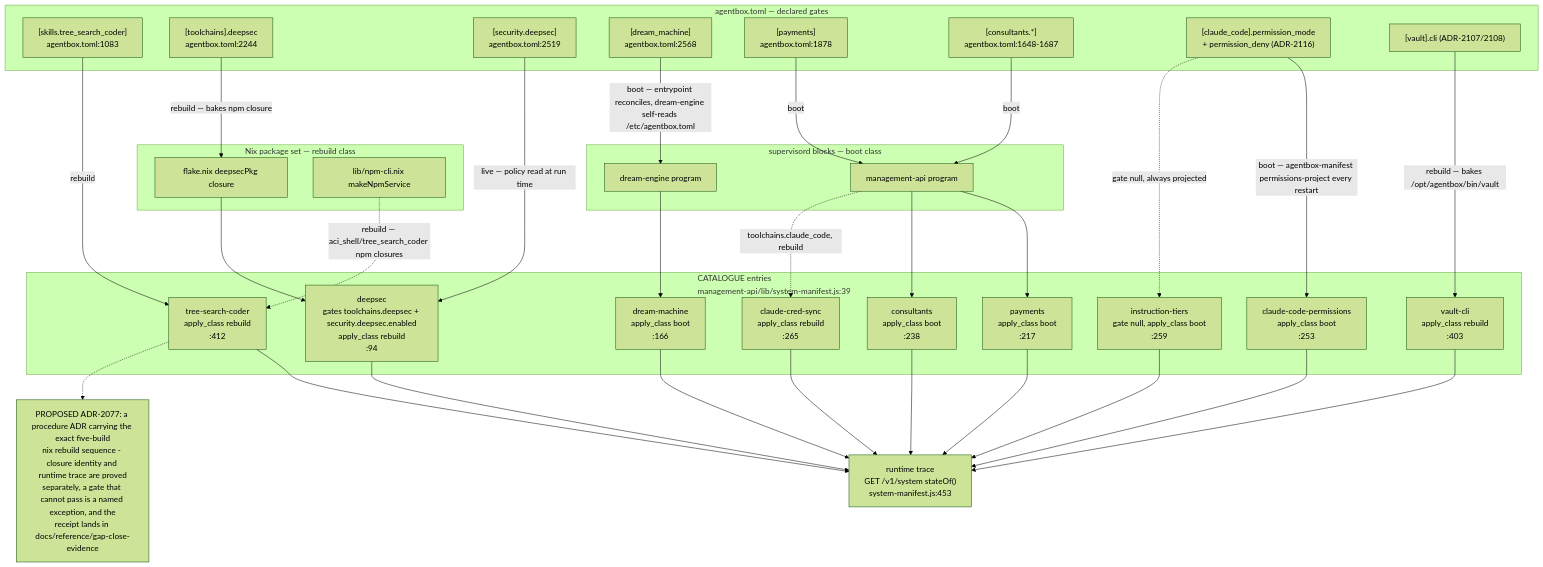
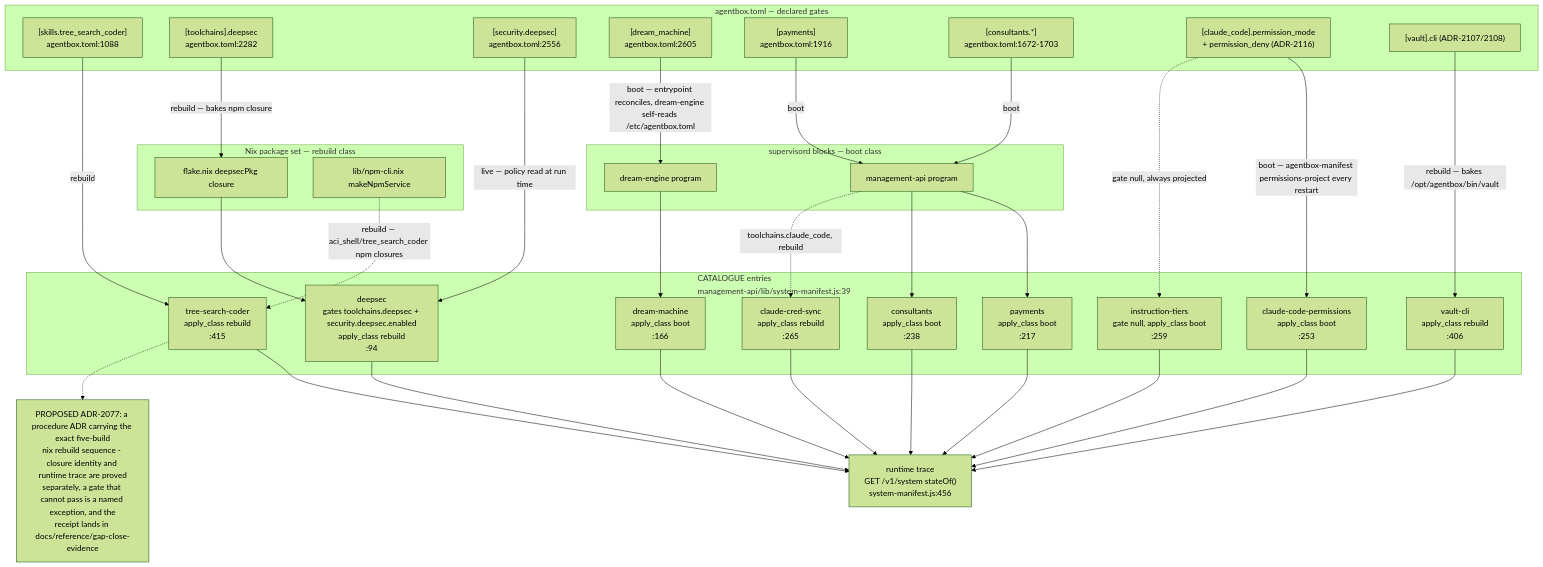
One commit to DreamLab-AI/VisionFlow changed the first of 15 diagrams in docs/diagrams/agentbox/15-capability-gating-spend-consultants.md. Above: the diagram before and after it, drawn with Mermaid (forest theme). The commit also changed other lines of this file and 173 other files, not shown here.

````diff
--- a/docs/diagrams/agentbox/15-capability-gating-spend-consultants.md
+++ b/docs/diagrams/agentbox/15-capability-gating-spend-consultants.md
@@ -57,61 +57,61 @@
 ```mermaid
 flowchart TD
     subgraph M["agentbox.toml — declared gates"]
-        M1["[skills.tree_search_coder]<br/>agentbox.toml:1083"]
-        M2["[toolchains].deepsec<br/>agentbox.toml:2244"]
-        M3["[security.deepsec]<br/>agentbox.toml:2519"]
-        M4["[dream_machine]<br/>agentbox.toml:2568"]
-        M5["[payments]<br/>agentbox.toml:1878"]
-        M6["[consultants.*]<br/>agentbox.toml:1648-1687"]
+        M1["[skills.tree_search_coder]<br/>agentbox.toml:1088"]
+        M2["[toolchains].deepsec<br/>agentbox.toml:2282"]
+        M3["[security.deepsec]<br/>agentbox.toml:2556"]
+        M4["[dream_machine]<br/>agentbox.toml:2605"]
+        M5["[payments]<br/>agentbox.toml:1916"]
+        M6["[consultants.*]<br/>agentbox.toml:1672-1703"]
         M7["[claude_code].permission_mode<br/>+ permission_deny (ADR-2116)"]
         M8["[vault].cli (ADR-2107/2108)"]
     end
     subgraph N["Nix package set — rebuild class"]
         N1["flake.nix deepsecPkg closure"]
         N2["lib/npm-cli.nix makeNpmService"]
     end
     subgraph S["supervisord blocks — boot class"]
         S1["dream-engine program"]
         S2["management-api program"]
     end
     subgraph C["CATALOGUE entries<br/>management-api/lib/system-manifest.js:39"]
-        C1["tree-search-coder<br/>apply_class rebuild<br/>:412"]
+        C1["tree-search-coder<br/>apply_class rebuild<br/>:415"]
         C2["deepsec<br/>gates toolchains.deepsec + security.deepsec.enabled<br/>apply_class rebuild<br/>:94"]
         C3["dream-machine<br/>apply_class boot<br/>:166"]
         C4["payments<br/>apply_class boot<br/>:217"]
         C5["consultants<br/>apply_class boot<br/>:238"]
         C6["claude-code-permissions<br/>apply_class boot<br/>:253"]
         C7["instruction-tiers<br/>gate null, apply_class boot<br/>:259"]
         C8["claude-cred-sync<br/>apply_class rebuild<br/>:265"]
-        C9["vault-cli<br/>apply_class rebuild<br/>:403"]
+        C9["vault-cli<br/>apply_class rebuild<br/>:406"]
     end
-    R["runtime trace<br/>GET /v1/system stateOf()<br/>system-manifest.js:453"]
+    R["runtime trace<br/>GET /v1/system stateOf()<br/>system-manifest.js:456"]
 
     M1 -->|"rebuild"| C1
     M2 -->|"rebuild — bakes npm closure"| N1
     N1 --> C2
     M3 -->|"live — policy read at run time"| C2
     M4 -->|"boot — entrypoint reconciles, dream-engine self-reads /etc/agentbox.toml"| S1
     S1 --> C3
     M5 -->|"boot"| S2
     S2 --> C4
     M6 -->|"boot"| S2
     S2 --> C5
     M7 -->|"boot — agentbox-manifest permissions-project every restart"| C6
     M7 -.->|"gate null, always projected"| C7
     M8 -->|"rebuild — bakes /opt/agentbox/bin/vault"| C9
     S2 -.->|"toolchains.claude_code, rebuild"| C8
     C1 --> R
     C2 --> R
     C3 --> R
     C4 --> R
     C5 --> R
     C6 --> R
     C7 --> R
     C8 --> R
     C9 --> R
     N2 -.->|"rebuild — aci_shell/tree_search_coder npm closures"| C1
 
     note1["PROPOSED ADR-2077: a procedure ADR carrying the exact five-build<br/>nix rebuild sequence - closure identity and runtime trace are proved<br/>separately, a gate that cannot pass is a named exception, and the<br/>receipt lands in docs/reference/gap-close-evidence"]
     C1 -.-> note1
 ```
````
